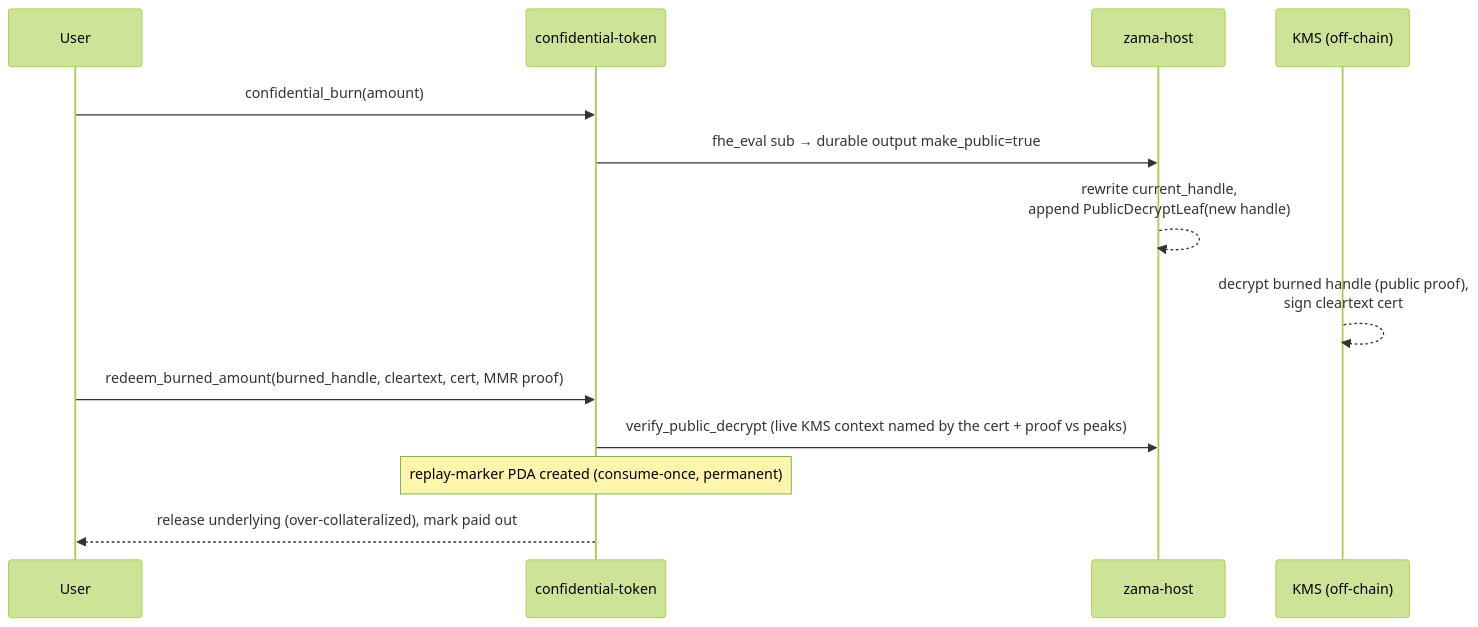
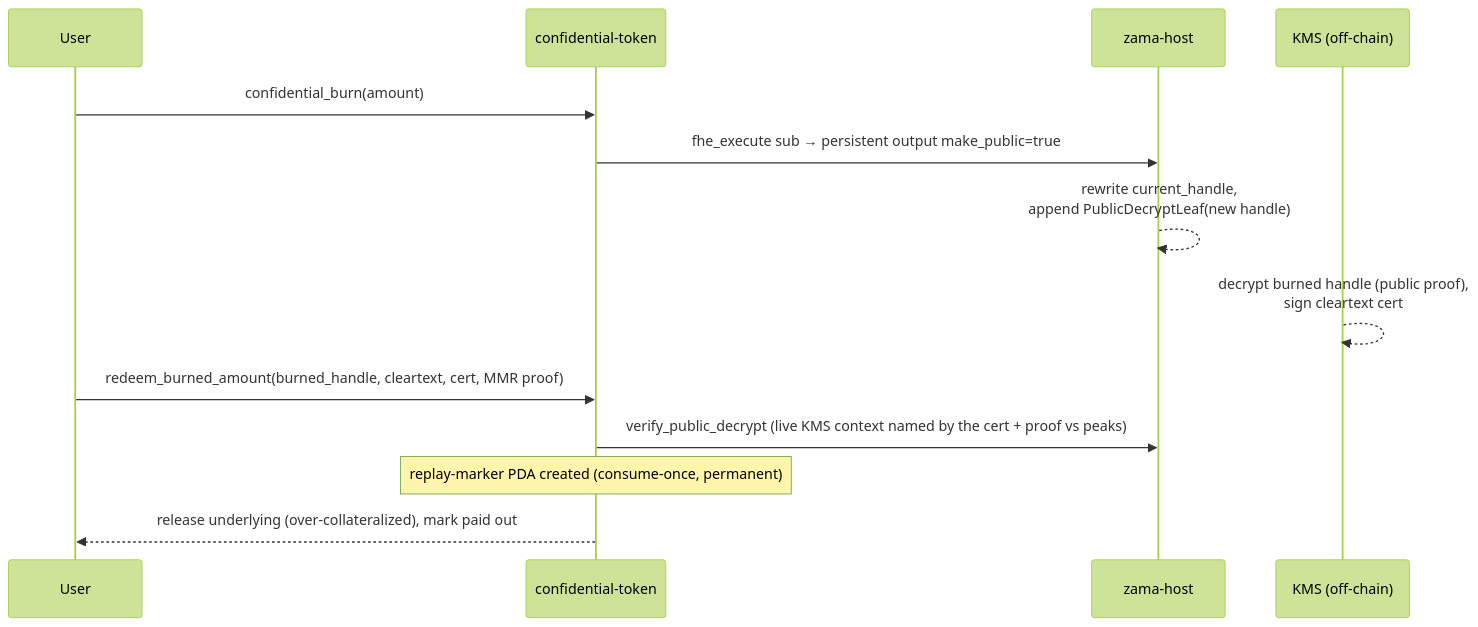
One commit to zama-ai/fhevm changed the fifth of 6 diagrams in solana/docs/MMR_ACL_MVP.md. Above: the diagram before and after it, drawn with Mermaid (forest theme). The commit also changed other lines of this file and 387 other files, not shown here.

````diff
--- a/solana/docs/MMR_ACL_MVP.md
+++ b/solana/docs/MMR_ACL_MVP.md
@@ -156,15 +157,15 @@
 ```mermaid
 sequenceDiagram
     participant U as User
     participant CT as confidential-token
     participant ZH as zama-host
     participant KMS as KMS (off-chain)
     U->>CT: confidential_burn(amount)
-    CT->>ZH: fhe_eval sub → durable output make_public=true
+    CT->>ZH: fhe_execute sub → persistent output make_public=true
     ZH-->>ZH: rewrite current_handle,<br/>append PublicDecryptLeaf(new handle)
     KMS-->>KMS: decrypt burned handle (public proof),<br/>sign cleartext cert
     U->>CT: redeem_burned_amount(burned_handle, cleartext, cert, MMR proof)
     CT->>ZH: verify_public_decrypt (live KMS context named by the cert + proof vs peaks)
     Note over CT: replay-marker PDA created (consume-once, permanent)
     CT-->>U: release underlying (over-collateralized), mark paid out
 ```
````
